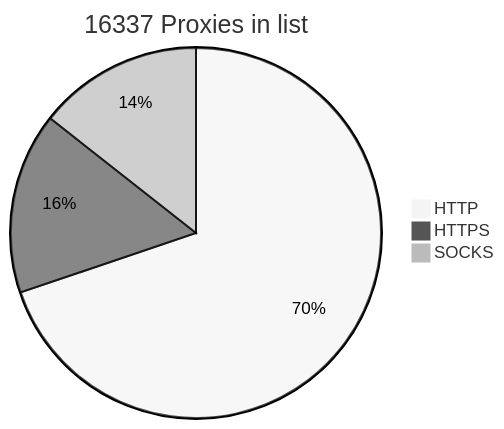
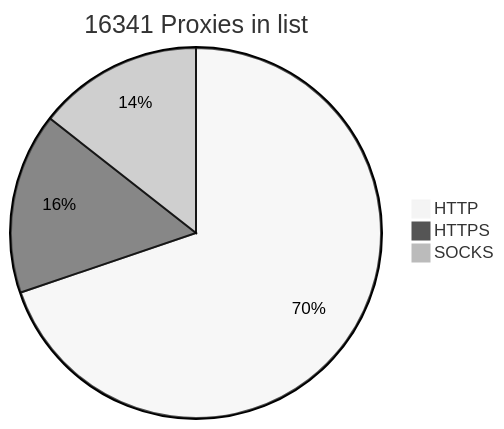
Before and after one commit to BlackSnowDot/proxylist-update-every-minute: the diagram in README.md, drawn with Mermaid (neutral theme).

````diff
--- a/README.md
+++ b/README.md
@@ -2,6 +2,6 @@
 ```mermaid
-pie title 16337 Proxies in list
+pie title 16341 Proxies in list
     "HTTP" : 12139
     "HTTPS": 2748
-    "SOCKS" : 2502
+    "SOCKS" : 2506
 ```
````
